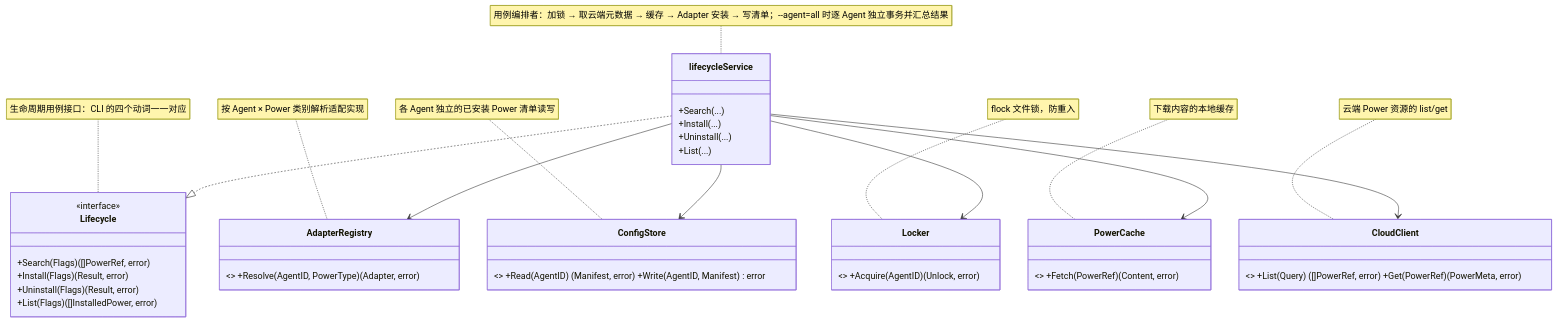
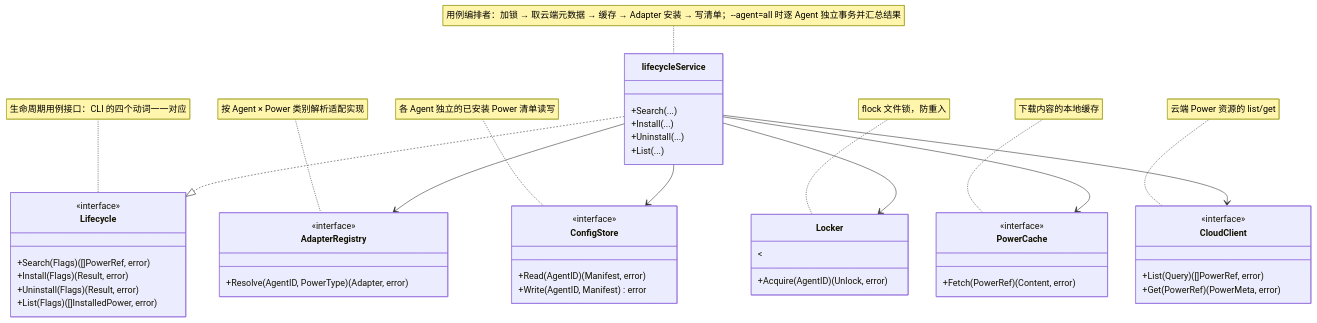
Before and after one commit to spacemit-com/agent-power-manager: the diagram in ivory-tower/c4/components/apm-cli-diagrams/core-lifecycle.mmd, drawn with Mermaid. The commit also changed 5 other files, not shown here.

```diff
--- a/ivory-tower/c4/components/apm-cli-diagrams/core-lifecycle.mmd
+++ b/ivory-tower/c4/components/apm-cli-diagrams/core-lifecycle.mmd
@@ -1,39 +1,56 @@
 classDiagram
     note for Lifecycle "生命周期用例接口：CLI 的四个动词一一对应"
     class Lifecycle {
         <<interface>>
         +Search(Flags) ([]PowerRef, error)
         +Install(Flags) (Result, error)
         +Uninstall(Flags) (Result, error)
         +List(Flags) ([]InstalledPower, error)
     }
 
     note for lifecycleService "用例编排者：加锁 → 取云端元数据 → 缓存 → Adapter 安装 → 写清单；--agent=all 时逐 Agent 独立事务并汇总结果"
     class lifecycleService {
         +Search(...)
         +Install(...)
         +Uninstall(...)
         +List(...)
     }
 
     note for AdapterRegistry "按 Agent × Power 类别解析适配实现"
-    class AdapterRegistry { <<interface>> +Resolve(AgentID, PowerType) (Adapter, error) }
+    class AdapterRegistry {
+        <<interface>>
+        +Resolve(AgentID, PowerType) (Adapter, error)
+    }
 
     note for ConfigStore "各 Agent 独立的已安装 Power 清单读写"
-    class ConfigStore { <<interface>> +Read(AgentID) (Manifest, error) +Write(AgentID, Manifest) error }
+    class ConfigStore {
+        <<interface>>
+        +Read(AgentID) (Manifest, error)
+        +Write(AgentID, Manifest) error
+    }
 
     note for Locker "flock 文件锁，防重入"
-    class Locker { <<interface>> +Acquire(AgentID) (Unlock, error) }
+    class Locker {
+        <<interface>
+        +Acquire(AgentID) (Unlock, error)
+    }
 
     note for PowerCache "下载内容的本地缓存"
-    class PowerCache { <<interface>> +Fetch(PowerRef) (Content, error) }
+    class PowerCache {
+        <<interface>>
+        +Fetch(PowerRef) (Content, error)
+    }
 
     note for CloudClient "云端 Power 资源的 list/get"
-    class CloudClient { <<interface>> +List(Query) ([]PowerRef, error) +Get(PowerRef) (PowerMeta, error) }
+    class CloudClient {
+        <<interface>>
+        +List(Query) ([]PowerRef, error)
+        +Get(PowerRef) (PowerMeta, error)
+    }
 
     lifecycleService ..|> Lifecycle
     lifecycleService --> AdapterRegistry
     lifecycleService --> ConfigStore
     lifecycleService --> Locker
     lifecycleService --> PowerCache
     lifecycleService --> CloudClient
```
